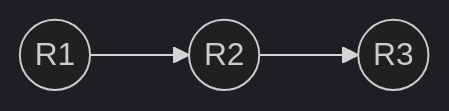
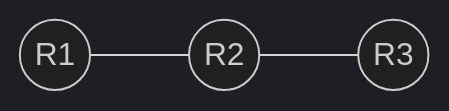
The diagram in juliopdx/content/posts/netsim-tools-and-containerlab.md (JulioPDX/JulioPDX.github.io), drawn with Mermaid before and after one commit. The commit also changed 2 other files, not shown here.

Commit message:
updating links

```diff
--- a/juliopdx/content/posts/netsim-tools-and-containerlab.md
+++ b/juliopdx/content/posts/netsim-tools-and-containerlab.md
@@ -114,6 +114,6 @@
 {{< mermaid >}}
 %%{init: {'securityLevel': 'loose', 'theme':'dark'}}%%
 graph LR
-  R1((R1)) --> R2((R2))
-  R2 --> R3((R3))
+  R1((R1)) --- R2((R2))
+  R2 --- R3((R3))
 {{< /mermaid >}}
```
